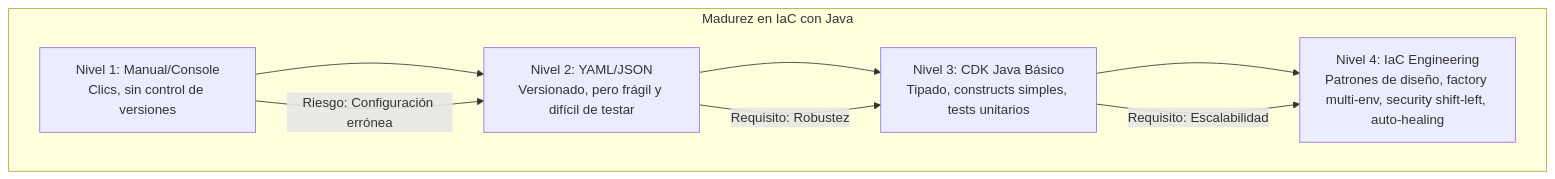
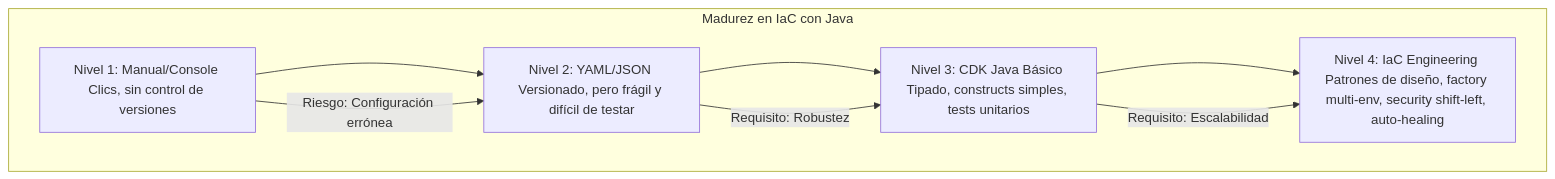
The third of 3 diagrams in 05_SRE_DevOps/iac_aws_cdk_java_21_STAFF.md (Joaquinriosheredia/DAM-Java-Mastery), drawn with Mermaid before and after one commit. The commit also changed other lines of this file, not shown here.

Commit message:
iac_aws_cdk_java_21_STAFF.md

````diff
--- a/05_SRE_DevOps/iac_aws_cdk_java_21_STAFF.md
+++ b/05_SRE_DevOps/iac_aws_cdk_java_21_STAFF.md
@@ -430,13 +857,13 @@
 ```mermaid
 graph TD
     subgraph "Madurez en IaC con Java"
-        L1[Nivel 1: Manual/Console<br>Clics, sin control de versiones] --> L2
-        L2[Nivel 2: YAML/JSON<br>Versionado, pero frágil y difícil de testar] --> L3
-        L3[Nivel 3: CDK Java Básico<br>Tipado, constructs simples, tests unitarios] --> L4
-        L4[Nivel 4: IaC Engineering<br>Patrones de diseño, factory multi-env, security shift-left, auto-healing]
+        L1[Nivel 1: Manual/Console <br/>Clics, sin control de versiones] --> L2
+        L2[Nivel 2: YAML/JSON <br/>Versionado, pero frágil y difícil de testar] --> L3
+        L3[Nivel 3: CDK Java Básico <br/>Tipado, constructs simples, tests unitarios] --> L4
+        L4[Nivel 4: IaC Engineering <br/>Patrones de diseño, factory multi-env, security shift-left, auto-healing]
     end
     
     L1 -->|Riesgo: Configuración errónea| L2
     L2 -->|Requisito: Robustez| L3
     L3 -->|Requisito: Escalabilidad| L4
 ```
````
